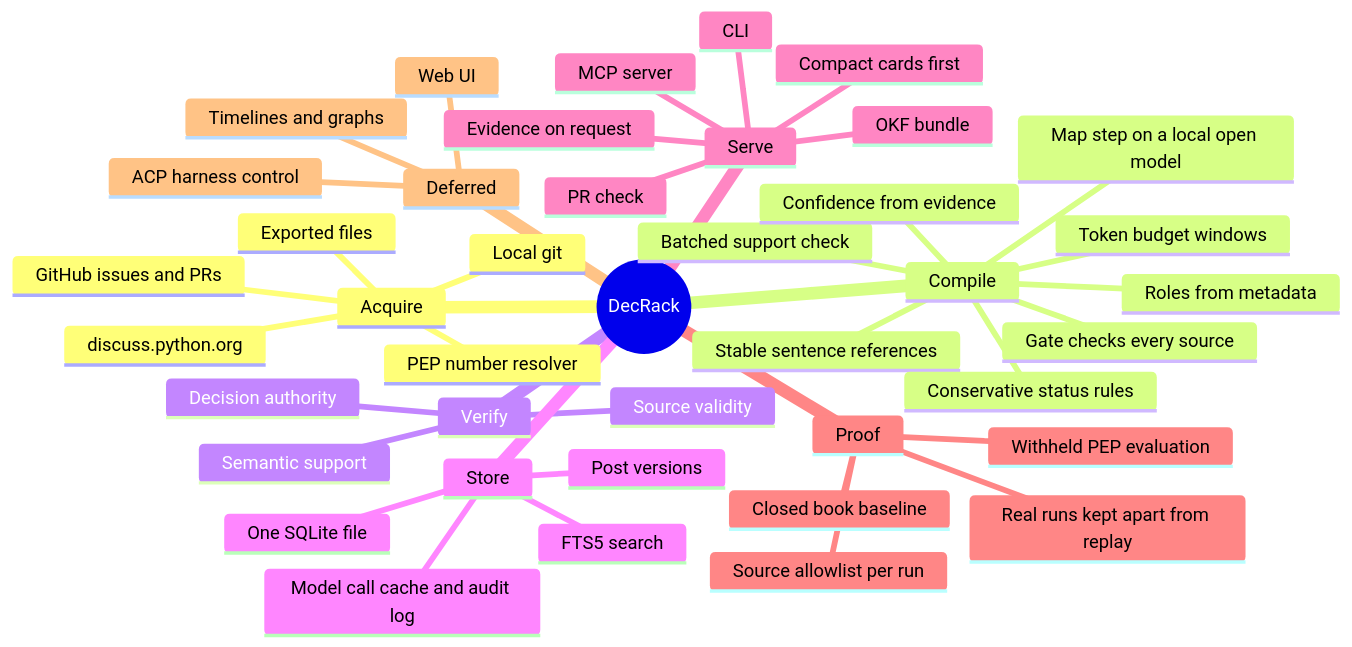
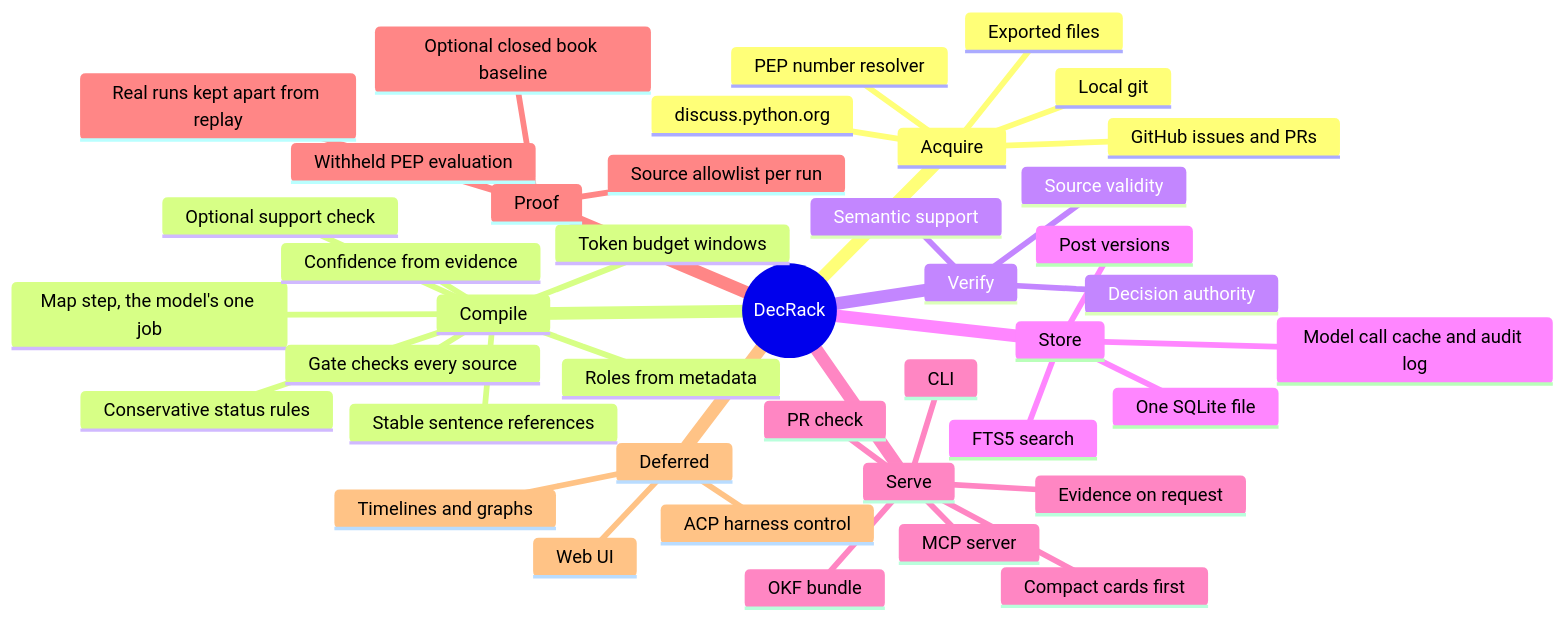
The first of 8 diagrams in docs/ARCHITECTURE.md (Madhav-GPT/DecRack), drawn with Mermaid before and after one commit. The commit also changed other lines of this file and 6 other files, not shown here.

````diff
--- a/docs/ARCHITECTURE.md
+++ b/docs/ARCHITECTURE.md
@@ -37,44 +37,44 @@
 ```mermaid
 mindmap
   root((DecRack))
     Acquire
       PEP number resolver
       discuss.python.org
       GitHub issues and PRs
       Exported files
       Local git
     Compile
       Stable sentence references
       Roles from metadata
       Token budget windows
-      Map step on a local open model
+      Map step, the model's one job
       Gate checks every source
-      Batched support check
+      Optional support check
       Conservative status rules
       Confidence from evidence
     Verify
       Source validity
       Semantic support
       Decision authority
     Store
       One SQLite file
       Post versions
       FTS5 search
       Model call cache and audit log
     Serve
       Compact cards first
       Evidence on request
       MCP server
       CLI
       OKF bundle
       PR check
     Proof
       Withheld PEP evaluation
       Source allowlist per run
-      Closed book baseline
+      Optional closed book baseline
       Real runs kept apart from replay
     Deferred
       Web UI
       ACP harness control
       Timelines and graphs
 ```
````
